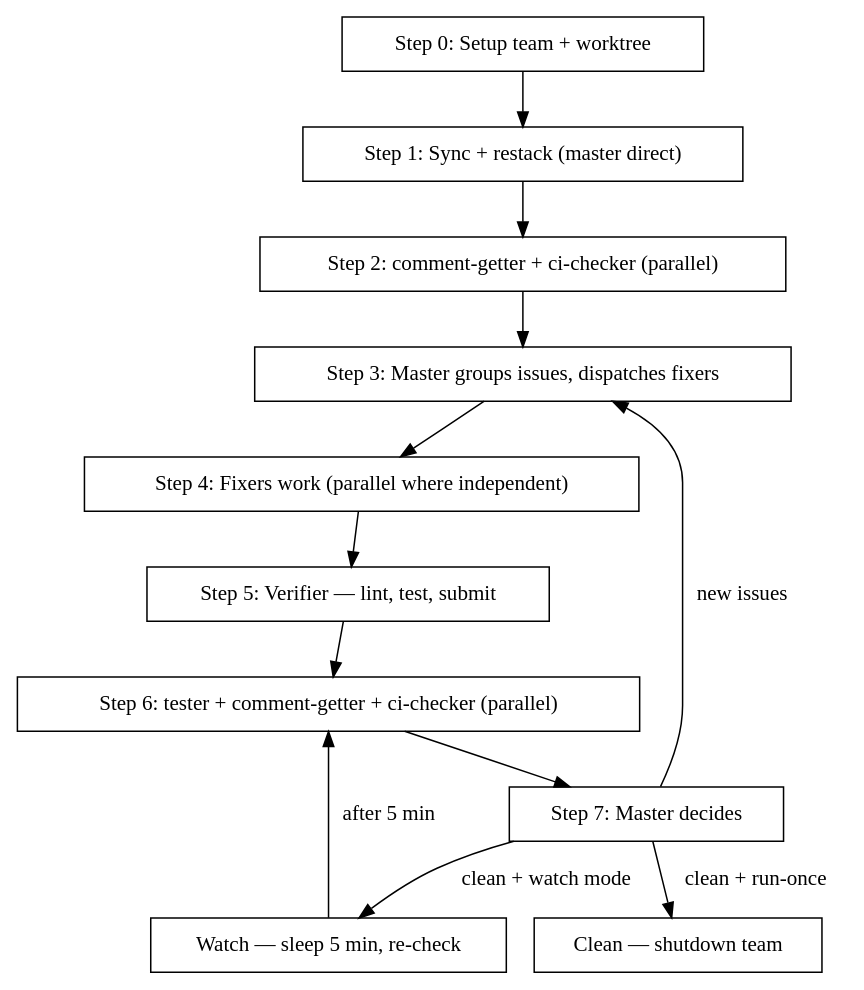
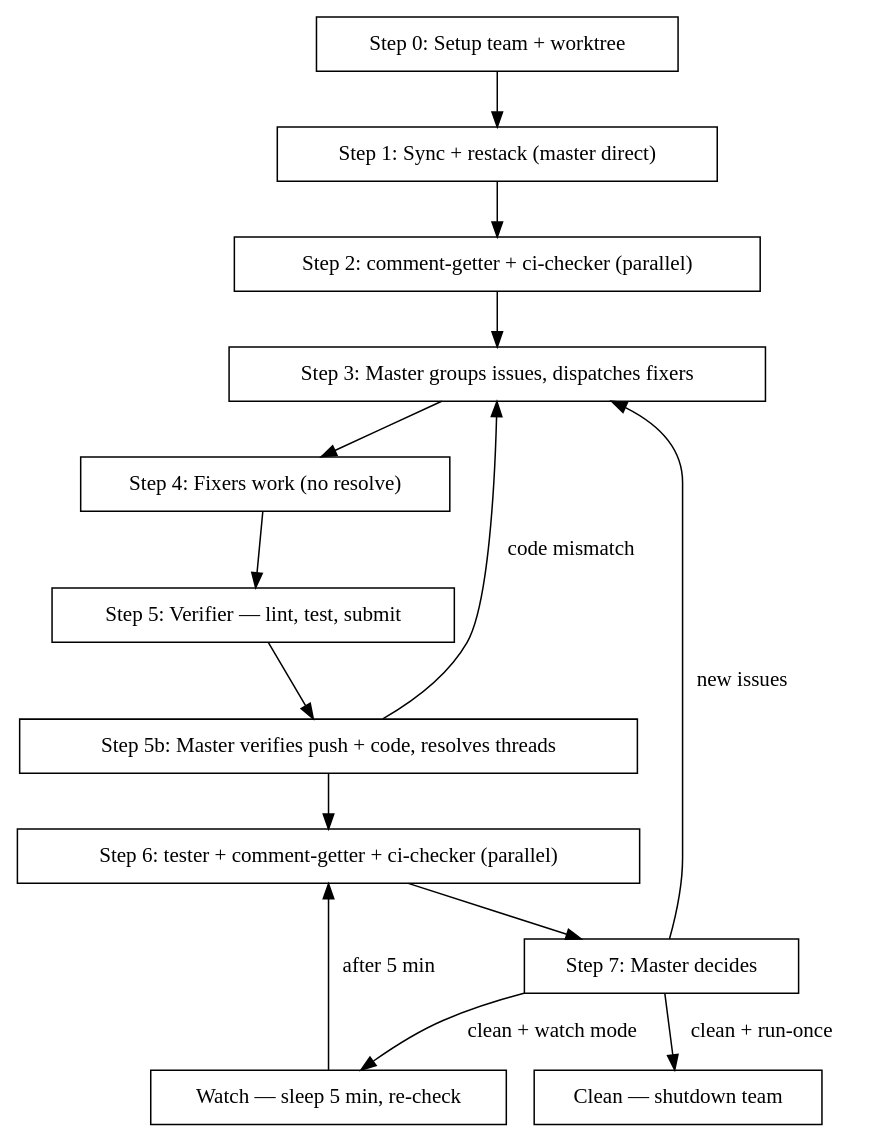
One commit to relh/metta changed the diagram in skills/pr.fix-branch.team/SKILL.md. Above: the diagram before and after it, drawn with Graphviz. The commit also changed other lines of this file and 2 other files, not shown here.

First line of the commit message:
feat(skills): verify push and code correctness before resolving PR comments (#6617)

````diff
--- a/skills/pr.fix-branch.team/SKILL.md
+++ b/skills/pr.fix-branch.team/SKILL.md
@@ -37,23 +37,25 @@
 ```dot
 digraph fix_branch_team {
   rankdir=TB;
   node [shape=box];
 
   setup [label="Step 0: Setup team + worktree"];
   sync [label="Step 1: Sync + restack (master direct)"];
   check [label="Step 2: comment-getter + ci-checker (parallel)"];
   dispatch [label="Step 3: Master groups issues, dispatches fixers"];
-  fix [label="Step 4: Fixers work (parallel where independent)"];
+  fix [label="Step 4: Fixers work (no resolve)"];
   verify [label="Step 5: Verifier — lint, test, submit"];
+  verify_resolve [label="Step 5b: Master verifies push + code, resolves threads"];
   recheck [label="Step 6: tester + comment-getter + ci-checker (parallel)"];
   decide [label="Step 7: Master decides"];
   done [label="Clean — shutdown team"];
   watch [label="Watch — sleep 5 min, re-check"];
 
-  setup -> sync -> check -> dispatch -> fix -> verify -> recheck -> decide;
+  setup -> sync -> check -> dispatch -> fix -> verify -> verify_resolve -> recheck -> decide;
+  verify_resolve -> dispatch [label="code mismatch"];
   decide -> dispatch [label="new issues"];
   decide -> done [label="clean + run-once"];
   decide -> watch [label="clean + watch mode"];
   watch -> recheck [label="after 5 min"];
 }
 ```
````
